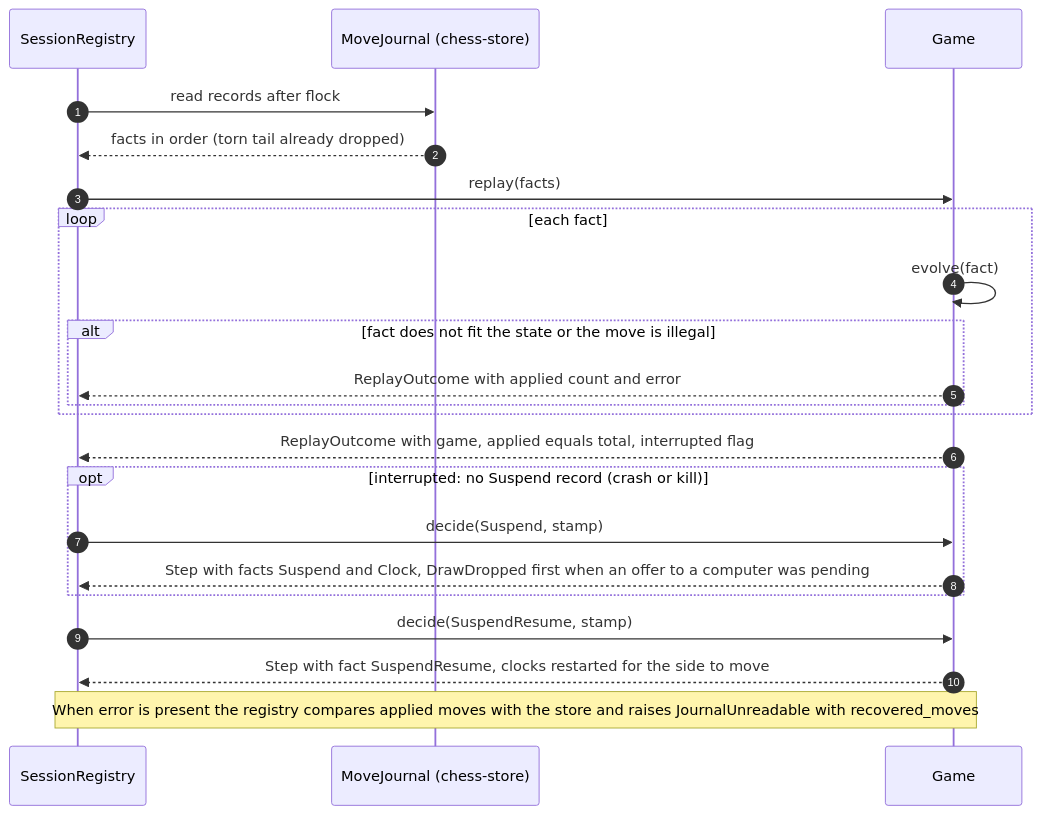
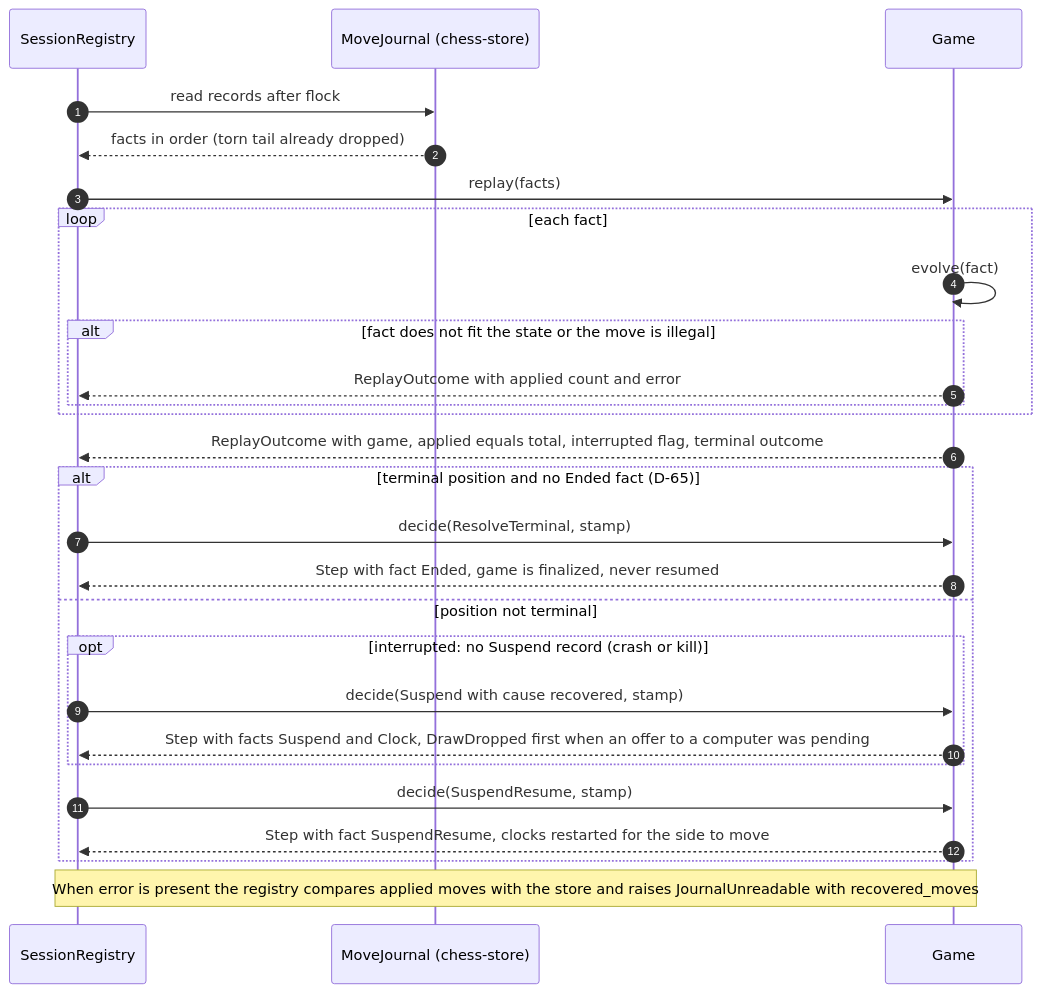
Before and after one commit to bprascher/chess: the fifth of 8 diagrams in docs/design/SDD-chess-domain.md, drawn with Mermaid. The commit also changed other lines of this file and 9 other files, not shown here.

First line of the commit message:
Apply architecture Amendment 8 and addenda B and C, and align the SDDs

````diff
--- a/docs/design/SDD-chess-domain.md
+++ b/docs/design/SDD-chess-domain.md
@@ -481,24 +491,29 @@
 ```mermaid
 sequenceDiagram
     autonumber
     participant SR as SessionRegistry
     participant J as MoveJournal (chess-store)
     participant G as Game
     SR->>J: read records after flock
     J-->>SR: facts in order (torn tail already dropped)
     SR->>G: replay(facts)
     loop each fact
         G->>G: evolve(fact)
         alt fact does not fit the state or the move is illegal
             G-->>SR: ReplayOutcome with applied count and error
         end
     end
-    G-->>SR: ReplayOutcome with game, applied equals total, interrupted flag
-    opt interrupted: no Suspend record (crash or kill)
-        SR->>G: decide(Suspend, stamp)
-        G-->>SR: Step with facts Suspend and Clock, DrawDropped first when an offer to a computer was pending
+    G-->>SR: ReplayOutcome with game, applied equals total, interrupted flag, terminal outcome
+    alt terminal position and no Ended fact (D-65)
+        SR->>G: decide(ResolveTerminal, stamp)
+        G-->>SR: Step with fact Ended, game is finalized, never resumed
+    else position not terminal
+        opt interrupted: no Suspend record (crash or kill)
+            SR->>G: decide(Suspend with cause recovered, stamp)
+            G-->>SR: Step with facts Suspend and Clock, DrawDropped first when an offer to a computer was pending
+        end
+        SR->>G: decide(SuspendResume, stamp)
+        G-->>SR: Step with fact SuspendResume, clocks restarted for the side to move
     end
-    SR->>G: decide(SuspendResume, stamp)
-    G-->>SR: Step with fact SuspendResume, clocks restarted for the side to move
     Note over SR,G: When error is present the registry compares applied moves with the store and raises JournalUnreadable with recovered_moves
 ```
````
